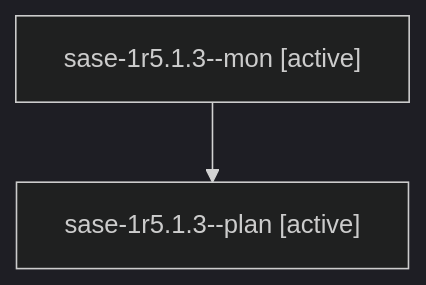
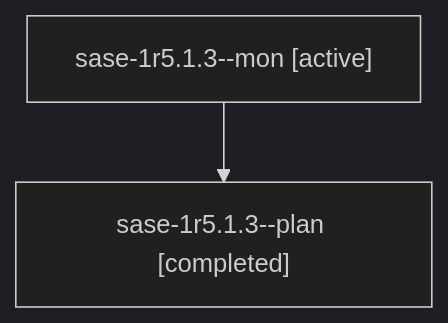
Before and after one commit to sase-org/sase--agents: the diagram in sessions/bbugyi200.athena.sase-1r5.1.3.md, drawn with Mermaid (dark theme). The commit also changed other lines of this file and 23 other files, not shown here.

````diff
--- a/sessions/bbugyi200.athena.sase-1r5.1.3.md
+++ b/sessions/bbugyi200.athena.sase-1r5.1.3.md
@@ -9,6 +9,6 @@
 ```mermaid
 flowchart TD
   n0["sase-1r5.1.3--mon [active]"]
-  n1["sase-1r5.1.3--plan [active]"]
+  n1["sase-1r5.1.3--plan [completed]"]
   n0 --> n1
 ```
````
